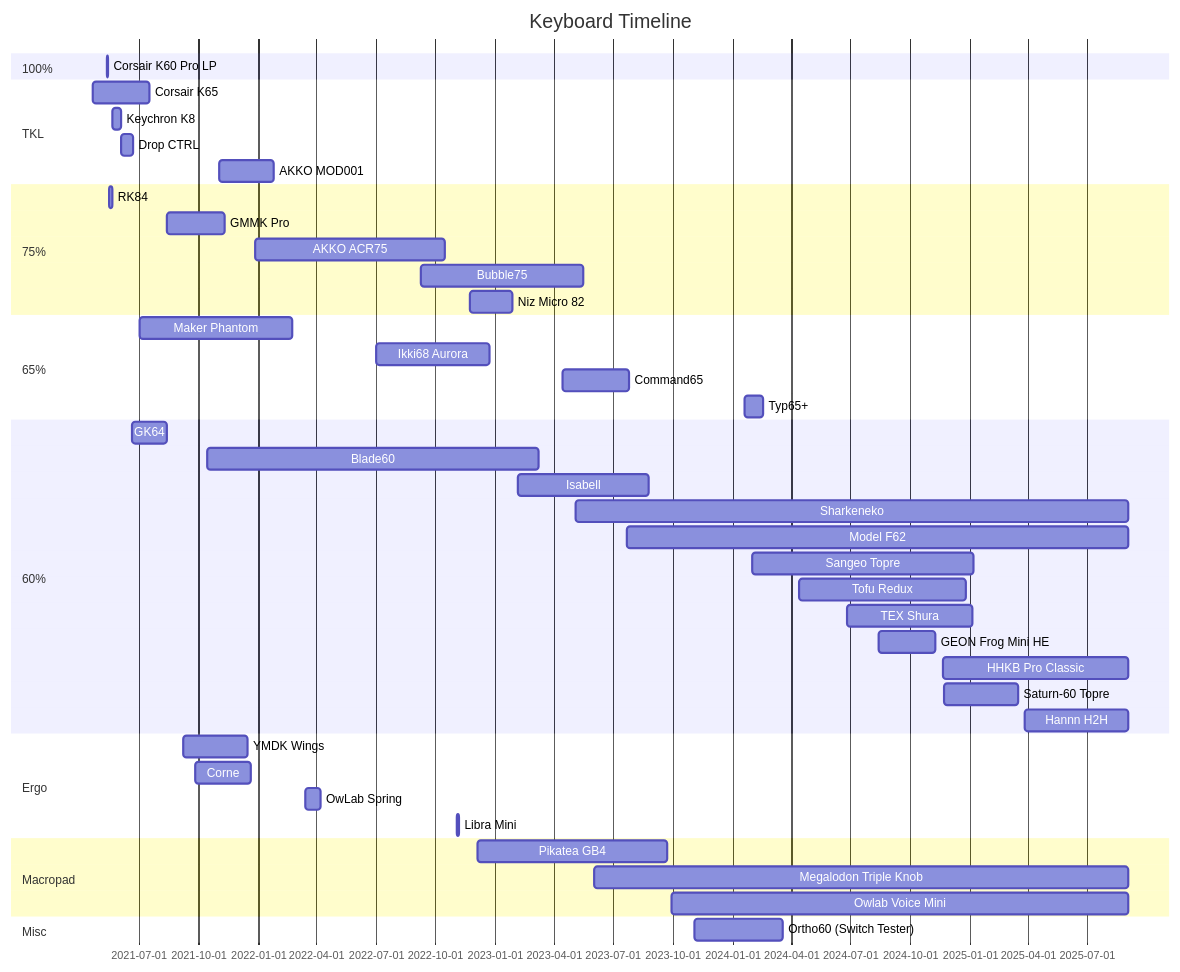
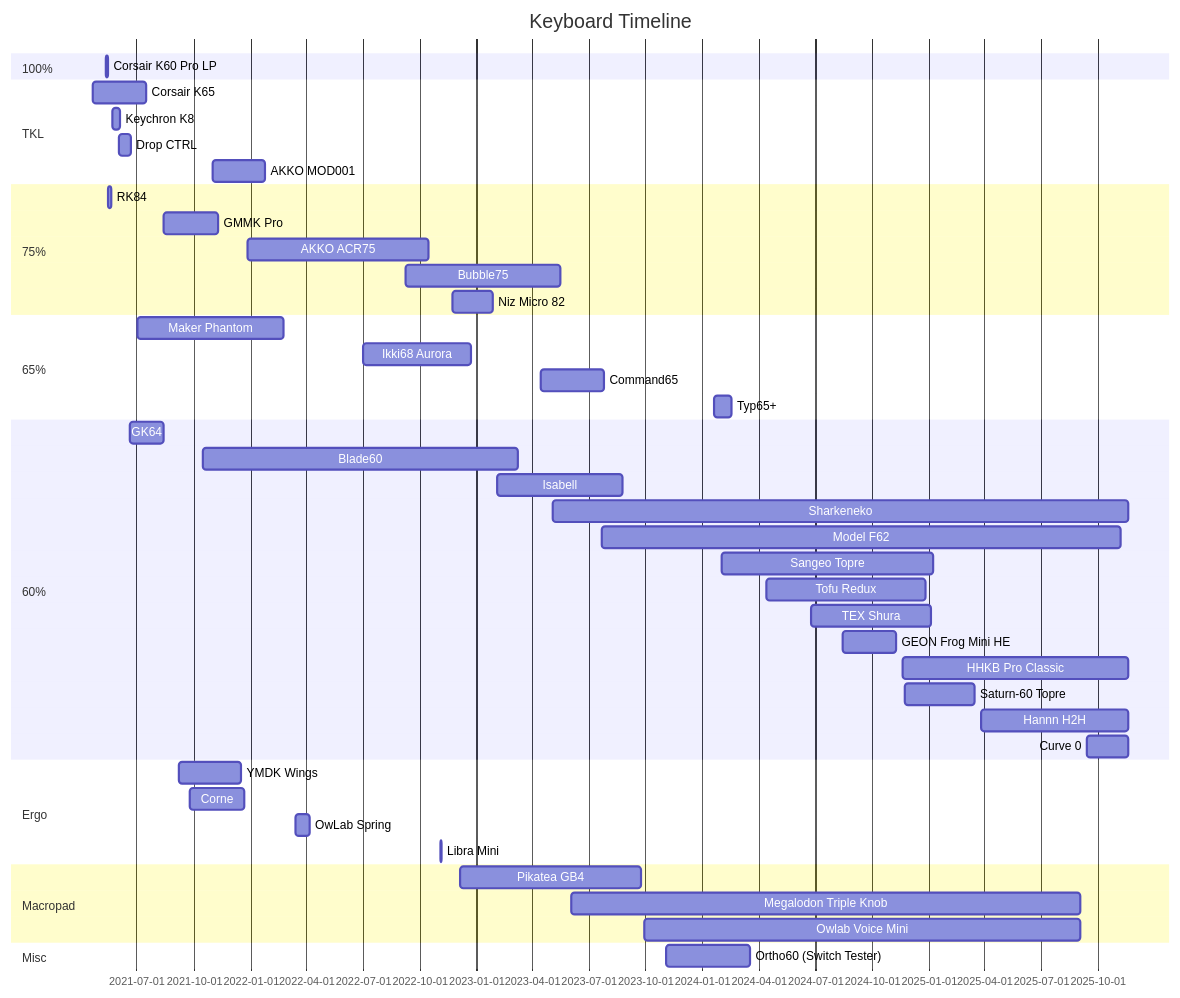
The diagram in content/keyboard-index.md (d-floe/quartz), drawn with Mermaid before and after one commit. The commit also changed 9 other files, not shown here.

````diff
--- a/content/keyboard-index.md
+++ b/content/keyboard-index.md
@@ -6,57 +6,58 @@
 ```mermaid
 gantt
         title Keyboard Timeline
         dateFormat  MMMM Do YYYY
         todayMarker off
 
         section 100%
         Corsair K60 Pro LP:a2, May 12th 2021,May 15th 2021
 
         section TKL
         Corsair K65:a1, April 21st 2021,July 17th 2021
         Keychron K8:a4, May 22nd 2021,June 4th 2021
         Drop CTRL:a5, June 3rd 2021,June 22nd 2021
         AKKO MOD001:a12, November 1st 2021,January 25th 2022
 
         section 75%
         RK84:a3, May 16th 2021,May 21st 2021
         GMMK Pro:a8, August 14th 2021,November 10th 2021
 
         AKKO ACR75:a13, December 27th 2021,October 15th 2022
         Bubble75:a16, September 9th 2022,May 16th 2023
         Niz Micro 82:a18, November 23rd 2022,January 28th 2023
 
         section 65%
         Maker Phantom:a7, July 2nd 2021,February 23rd 2022
         Ikki68 Aurora:a15, July 2nd 2022,December 23rd 2022
         Command65:a20, April 14th 2023,July 26th 2023
         Typ65+:a23, January 20th 2024,February 17th 2024
 
         section 60%
         GK64:a6, June 20th 2021,August 13th 2021
         Blade60:a11, October 15th 2021,March 9th 2023
         Isabell:a19, February 4th 2023,August 25th 2023
-        Sharkeneko:a21, May 4th 2023,September 2nd 2025
-        Model F62:a22, July 22nd 2023,September 2nd 2025
+        Sharkeneko:a21, May 4th 2023,November 19th 2025
+        Model F62:a22, July 22nd 2023,November 6th 2025
         Sangeo Topre:a26,February 1st 2024,January 7th 2025
         Tofu Redux:a27,April 13th 2024,December 26th 2024
         TEX Shura:a28,June 25th 2024,January 5th 2025
         GEON Frog Mini HE:a29,August 14th 2024,November 9th 2024
-        HHKB Pro Classic:a30,November 20th 2024,September 2nd 2025
+        HHKB Pro Classic:a30,November 20th 2024,November 19th 2025
         Saturn-60 Topre:a31,November 23rd 2024,March 16th 2025
-        Hannn H2H:a32,March 27th 2025,September 2nd 2025
+        Hannn H2H:a32,March 27th 2025,November 19th 2025
+        Curve 0:a33,September 13th 2025, November 19th 2025
 
 		section Ergo
         YMDK Wings:a9, September 7th 2021,December 16th 2021
 		Corne:a10, September 25th 2021,December 21st 2021
 		OwLab Spring:a14, March 14th 2022,April 7th 2022
 		Libra Mini:a17, November 3rd 2022,November 6th 2022
 
 		section Macropad
 		Pikatea GB4:apk, December 5th 2022,September 23rd 2023
 		Megalodon Triple Knob:atk, June 3rd 2023,September 2nd 2025
 		Owlab Voice Mini:avm, September 29th 2023,September 2nd 2025
 
 		section Misc
 		Ortho60 (Switch Tester):ost, November 4th 2023,March 18th 2024
 ```
````
